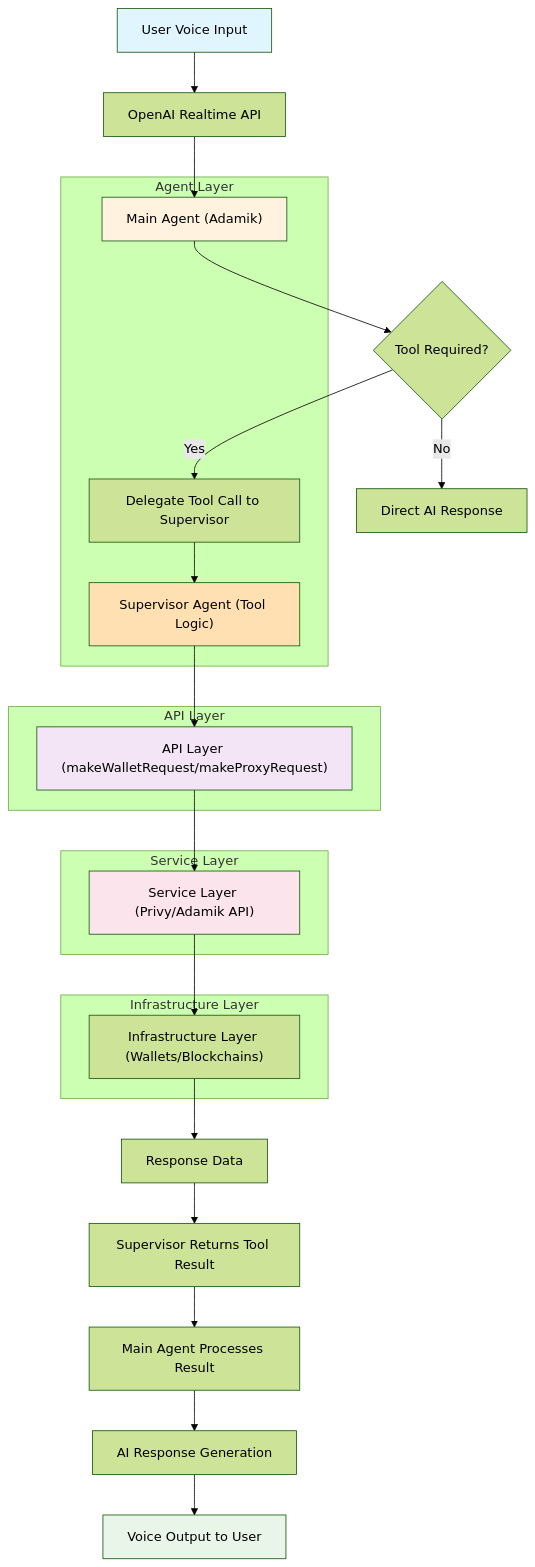
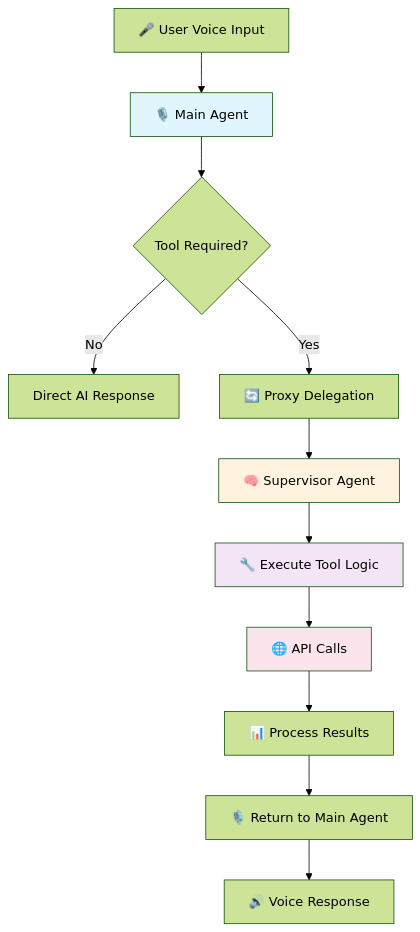
Before and after one commit to AdamikHQ/adamik-pooleth: the first of 2 diagrams in README.md, drawn with Mermaid (forest theme). The commit also changed other lines of this file, not shown here.

````diff
--- a/README.md
+++ b/README.md
@@ -48,38 +178,18 @@
 ```mermaid
 graph TD
-    A["User Voice Input"] --> B["OpenAI Realtime API"]
-    B --> C["Main Agent (Adamik)"]
-    C --> D{"Tool Required?"}
-    D -->|No| E["Direct AI Response"]
-    D -->|Yes| F["Delegate Tool Call to Supervisor"]
-    F --> G["Supervisor Agent (Tool Logic)"]
-    G --> H["API Layer (makeWalletRequest/makeProxyRequest)"]
-    H --> I["Service Layer (Privy/Adamik API)"]
-    I --> J["Infrastructure Layer (Wallets/Blockchains)"]
-    J --> K["Response Data"]
-    K --> L["Supervisor Returns Tool Result"]
-    L --> M["Main Agent Processes Result"]
-    M --> N["AI Response Generation"]
-    N --> O["Voice Output to User"]
+    A[🎤 User Voice Input] --> B[🎙️ Main Agent]
+    B --> C{Tool Required?}
+    C -->|No| D[Direct AI Response]
+    C -->|Yes| E[🔄 Proxy Delegation]
+    E --> F[🧠 Supervisor Agent]
+    F --> G[🔧 Execute Tool Logic]
+    G --> H[🌐 API Calls]
+    H --> I[📊 Process Results]
+    I --> J[🎙️ Return to Main Agent]
+    J --> K[🔊 Voice Response]
 
-    subgraph "Agent Layer"
-        C
-        F
-        G
-    end
-    subgraph "API Layer"
-        H
-    end
-    subgraph "Service Layer"
-        I
-    end
-    subgraph "Infrastructure Layer"
-        J
-    end
-    style A fill:#e1f5fe
-    style O fill:#e8f5e8
-    style C fill:#fff3e0
-    style G fill:#ffe0b2
-    style H fill:#f3e5f5
-    style I fill:#fce4ec
+    style B fill:#e1f5fe
+    style F fill:#fff3e0
+    style G fill:#f3e5f5
+    style H fill:#fce4ec
 ```
````
